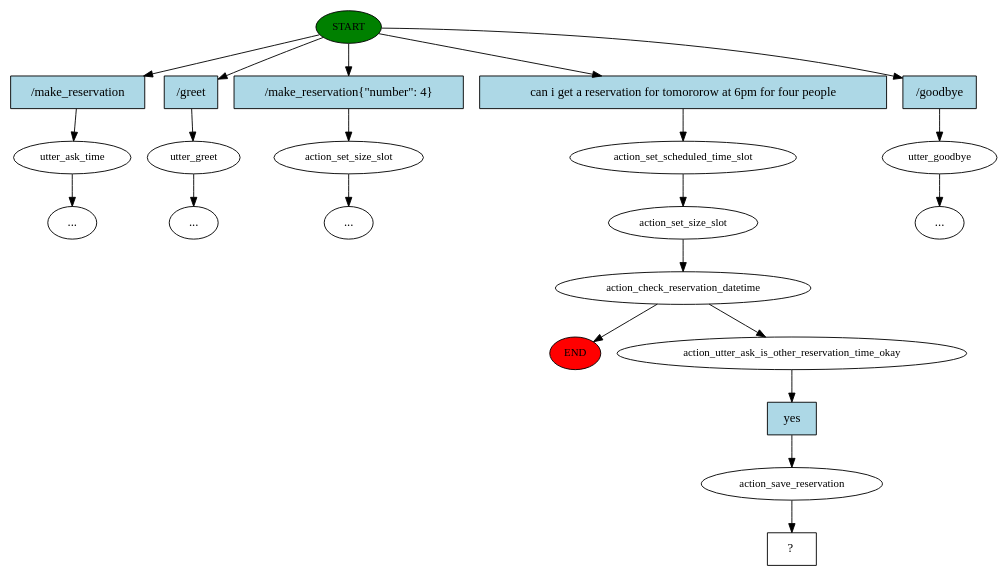
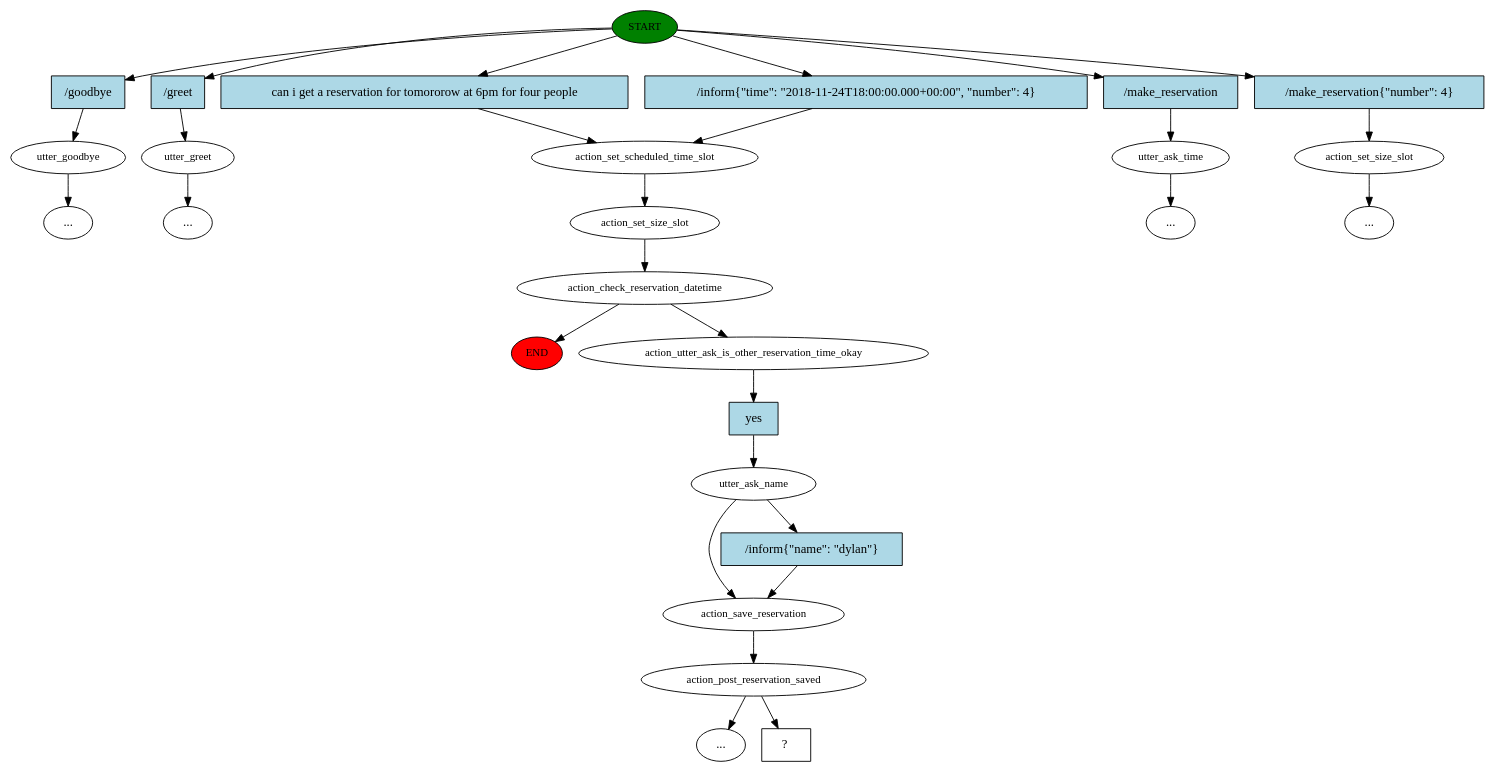
The diagram in Textual/story_graph.dot (DylanRedfield/ocaptain), drawn with Graphviz before and after one commit. The commit also changed 13 other files, not shown here.

```diff
--- a/Textual/story_graph.dot
+++ b/Textual/story_graph.dot
@@ -1,45 +1,57 @@
 digraph  {
 0 [label=START, fillcolor=green, style=filled, fontsize=12, class="start active"];
 "-1" [label=END, fillcolor=red, style=filled, fontsize=12, class=end];
-1 [label=utter_ask_time, fontsize=12, class=""];
+1 [label=utter_goodbye, fontsize=12, class=""];
+"-3" [label="...", class=ellipsis];
 2 [label=utter_greet, fontsize=12, class=""];
+3 [label=action_set_scheduled_time_slot, fontsize=12, class=active];
+4 [label=action_set_size_slot, fontsize=12, class=active];
+5 [label=action_check_reservation_datetime, fontsize=12, class=active];
+9 [label=action_utter_ask_is_other_reservation_time_okay, fontsize=12, class=active];
+10 [label=utter_ask_name, fontsize=12, class=active];
+11 [label=action_save_reservation, fontsize=12, class=active];
+12 [label=action_post_reservation_saved, fontsize=12, class=active];
 "-5" [label="...", class=ellipsis];
 "-6" [label="...", class=ellipsis];
-5 [label=action_set_size_slot, fontsize=12, class=""];
-"-7" [label="...", class=ellipsis];
-6 [label=action_set_scheduled_time_slot, fontsize=12, class=active];
-7 [label=action_set_size_slot, fontsize=12, class=active];
-8 [label=action_check_reservation_datetime, fontsize=12, class=active];
-9 [label=utter_goodbye, fontsize=12, class=""];
+14 [label=utter_ask_time, fontsize=12, class=""];
 "-8" [label="...", class=ellipsis];
-13 [label=action_utter_ask_is_other_reservation_time_okay, fontsize=12, class=active];
-14 [label=action_save_reservation, fontsize=12, class=active];
-15 [label="  ?  ", shape=rect, class="intent dashed active"];
-16 [label="/make_reservation", shape=rect, style=filled, fillcolor=lightblue, class=intent];
-17 [label="/greet", shape=rect, style=filled, fillcolor=lightblue, class=intent];
-18 [label="/make_reservation{\"number\": 4}", shape=rect, style=filled, fillcolor=lightblue, class=intent];
-19 [label="can i get a reservation for tomororow at 6pm for four people", shape=rect, style=filled, fillcolor=lightblue, class="intent active"];
-20 [label="/goodbye", shape=rect, style=filled, fillcolor=lightblue, class=intent];
-21 [label=yes, shape=rect, style=filled, fillcolor=lightblue, class="intent active"];
-0 -> 16  [key=0, class=""];
-0 -> 17  [key=0, class=""];
-0 -> 18  [key=0, class=""];
-0 -> 19  [key=0, class=active];
-0 -> 20  [key=0, class=""];
-1 -> "-6"  [key=NONE, label="", class=""];
-2 -> "-5"  [key=NONE, label="", class=""];
-5 -> "-7"  [key=NONE, label="", class=""];
-6 -> 7  [key=NONE, label="", class=active];
-7 -> 8  [key=NONE, label="", class=active];
-8 -> "-1"  [key=NONE, label="", class=""];
-8 -> 13  [key=NONE, label="", class=active];
-9 -> "-8"  [key=NONE, label="", class=""];
-13 -> 21  [key=0, class=active];
-14 -> 15  [key=NONE, label="", class=active];
-16 -> 1  [key=0, class=""];
-17 -> 2  [key=0, class=""];
-18 -> 5  [key=0, class=""];
-19 -> 6  [key=0, class=active];
-20 -> 9  [key=0, class=""];
-21 -> 14  [key=0, class=active];
+16 [label=action_set_size_slot, fontsize=12, class=""];
+"-9" [label="...", class=ellipsis];
+24 [label="  ?  ", shape=rect, class="intent dashed active"];
+25 [label="/goodbye", shape=rect, style=filled, fillcolor=lightblue, class=intent];
+26 [label="/greet", shape=rect, style=filled, fillcolor=lightblue, class=intent];
+27 [label="can i get a reservation for tomororow at 6pm for four people", shape=rect, style=filled, fillcolor=lightblue, class="intent active"];
+28 [label="/inform{\"time\": \"2018-11-24T18:00:00.000+00:00\", \"number\": 4}", shape=rect, style=filled, fillcolor=lightblue, class=intent];
+29 [label="/make_reservation", shape=rect, style=filled, fillcolor=lightblue, class=intent];
+30 [label="/make_reservation{\"number\": 4}", shape=rect, style=filled, fillcolor=lightblue, class=intent];
+31 [label=yes, shape=rect, style=filled, fillcolor=lightblue, class="intent active"];
+32 [label="/inform{\"name\": \"dylan\"}", shape=rect, style=filled, fillcolor=lightblue, class=intent];
+0 -> 25  [key=0, class=""];
+0 -> 26  [key=0, class=""];
+0 -> 27  [key=0, class=active];
+0 -> 28  [key=0, class=""];
+0 -> 29  [key=0, class=""];
+0 -> 30  [key=0, class=""];
+1 -> "-3"  [key=NONE, label="", class=""];
+2 -> "-6"  [key=NONE, label="", class=""];
+3 -> 4  [key=NONE, label="", class=active];
+4 -> 5  [key=NONE, label="", class=active];
+5 -> "-1"  [key=NONE, label="", class=""];
+5 -> 9  [key=NONE, label="", class=active];
+9 -> 31  [key=0, class=active];
+10 -> 11  [key=NONE, label="", class=active];
+10 -> 32  [key=0, class=""];
+11 -> 12  [key=NONE, label="", class=active];
+12 -> "-5"  [key=NONE, label="", class=""];
+12 -> 24  [key=NONE, label="", class=active];
+14 -> "-8"  [key=NONE, label="", class=""];
+16 -> "-9"  [key=NONE, label="", class=""];
+25 -> 1  [key=0, class=""];
+26 -> 2  [key=0, class=""];
+27 -> 3  [key=0, class=active];
+28 -> 3  [key=0, class=""];
+29 -> 14  [key=0, class=""];
+30 -> 16  [key=0, class=""];
+31 -> 10  [key=0, class=active];
+32 -> 11  [key=0, class=""];
 }
```
